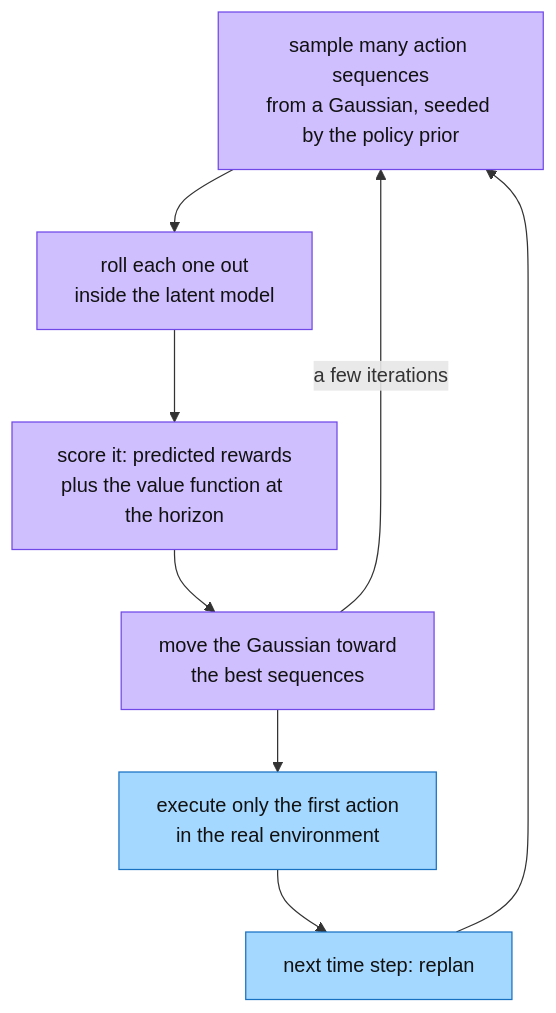
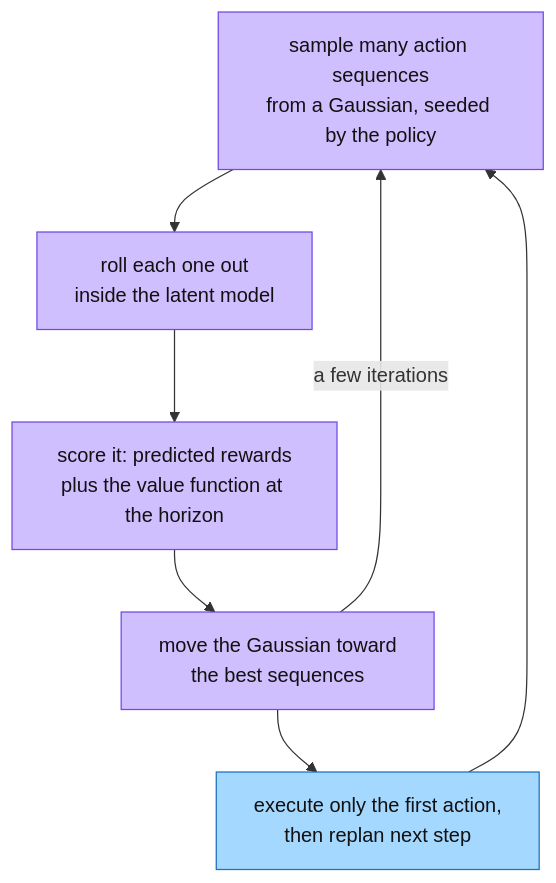
Before and after one commit to ashimsharma10/ashimsharma10.github.io: the third of 5 diagrams in data/blog/world-models.mdx, drawn with Mermaid. The commit also changed other lines of this file and 5 other files, not shown here.

````diff
--- a/data/blog/world-models.mdx
+++ b/data/blog/world-models.mdx
@@ -144,14 +144,13 @@
 ```mermaid
 flowchart TD
-    S["sample many action sequences\nfrom a Gaussian, seeded by the policy prior"] --> R["roll each one out\ninside the latent model"]
-    R --> V["score it: predicted rewards\nplus the value function at the horizon"]
-    V --> U["move the Gaussian toward\nthe best sequences"]
+    S["sample many action sequences<br/>from a Gaussian, seeded by the policy"] --> R["roll each one out<br/>inside the latent model"]
+    R --> V["score it: predicted rewards<br/>plus the value function at the horizon"]
+    V --> U["move the Gaussian toward<br/>the best sequences"]
     U -->|"a few iterations"| S
-    U --> E["execute only the first action\nin the real environment"]
-    E --> N["next time step: replan"]
-    N --> S
+    U --> E["execute only the first action,<br/>then replan next step"]
+    E --> S
     classDef plan fill:#d0bfff,stroke:#7048e8,color:#111
     classDef real fill:#a5d8ff,stroke:#1971c2,color:#111
     class S,R,V,U plan
-    class E,N real
+    class E real
 ```
````
